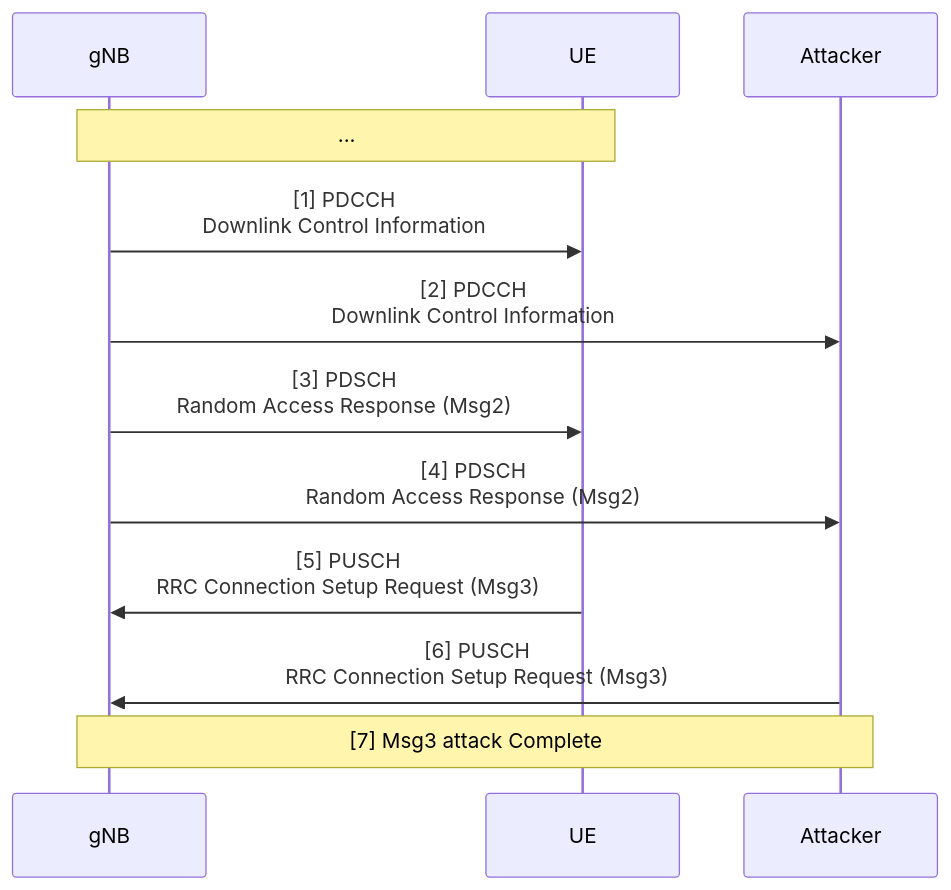
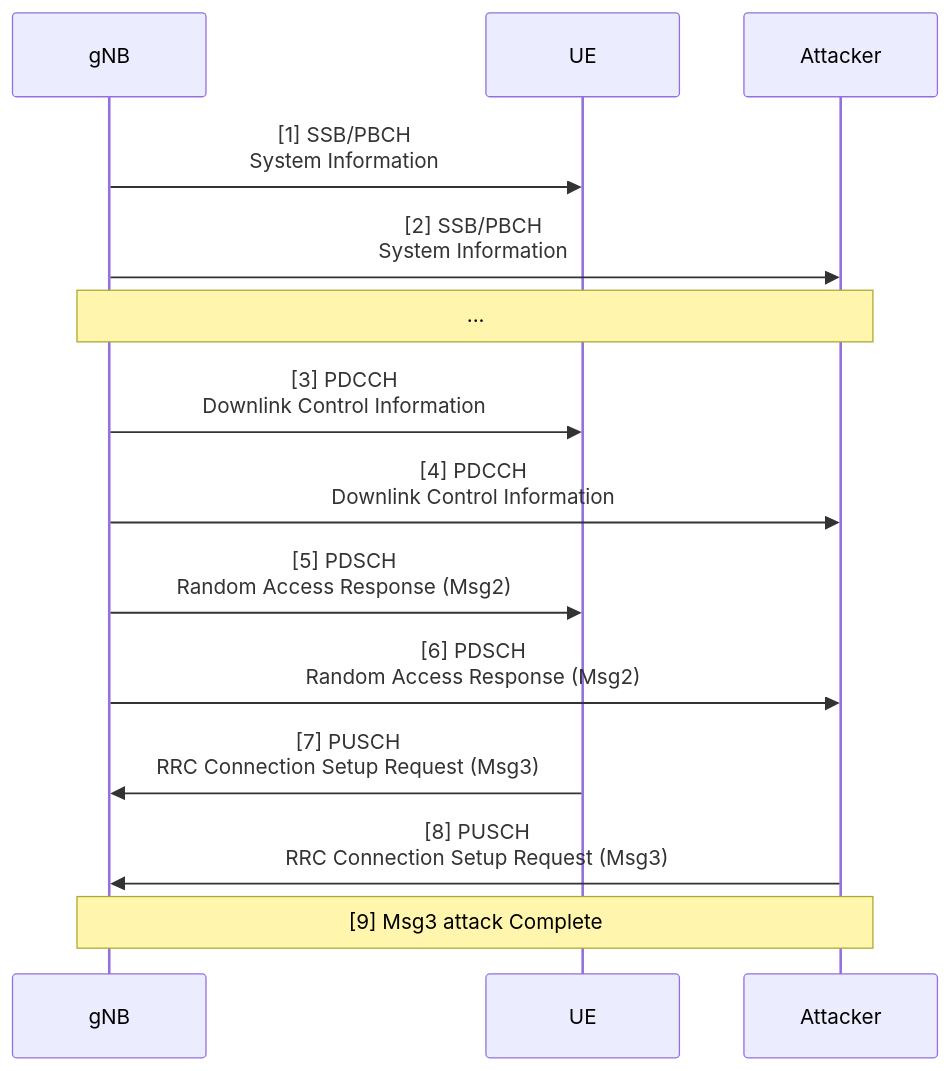
The third of 3 diagrams in docs/20250307 Thesis (Random Access Procedure and Attack).md (bmw-ece-ntust/wilfrid-prach-attack-analysis), drawn with Mermaid before and after one commit. The commit also changed other lines of this file, not shown here.

Commit message:
Update 20250307 Thesis (Random Access Procedure and Attack).md

````diff
--- a/docs/20250307 Thesis (Random Access Procedure and Attack).md
+++ b/docs/20250307 Thesis (Random Access Procedure and Attack).md
@@ -86,11 +86,13 @@
 ```mermaid
 sequenceDiagram
-    Note over gNB,UE: ...
-    gNB->>UE: [1] PDCCH<br/>Downlink Control Information
-    gNB->>Attacker: [2] PDCCH<br/>Downlink Control Information
-    gNB->>UE: [3] PDSCH<br/>Random Access Response (Msg2)
-    gNB->>Attacker: [4] PDSCH<br/>Random Access Response (Msg2)
-    UE->>gNB: [5] PUSCH<br/>RRC Connection Setup Request (Msg3)
-    Attacker->>gNB: [6] PUSCH<br/>RRC Connection Setup Request (Msg3)
-    Note over gNB,Attacker: [7] Msg3 attack Complete
+    gNB->>UE: [1] SSB/PBCH<br/>System Information
+    gNB->>Attacker: [2] SSB/PBCH<br/>System Information
+    Note over gNB,Attacker: ...
+    gNB->>UE: [3] PDCCH<br/>Downlink Control Information
+    gNB->>Attacker: [4] PDCCH<br/>Downlink Control Information
+    gNB->>UE: [5] PDSCH<br/>Random Access Response (Msg2)
+    gNB->>Attacker: [6] PDSCH<br/>Random Access Response (Msg2)
+    UE->>gNB: [7] PUSCH<br/>RRC Connection Setup Request (Msg3)
+    Attacker->>gNB: [8] PUSCH<br/>RRC Connection Setup Request (Msg3)
+    Note over gNB,Attacker: [9] Msg3 attack Complete
 ```
````
